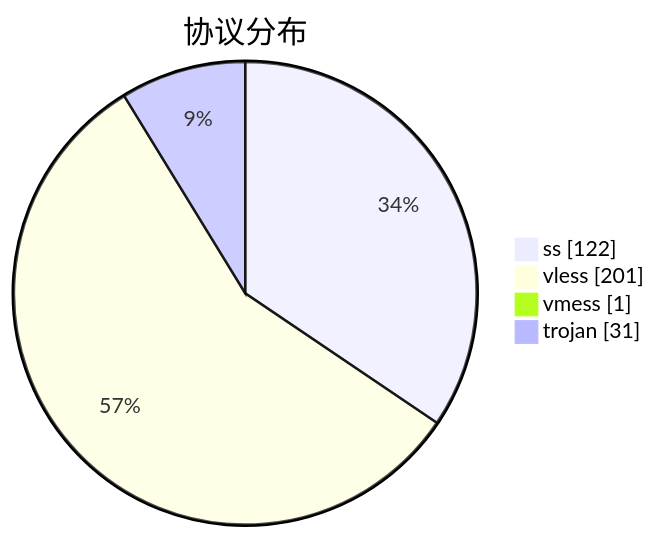
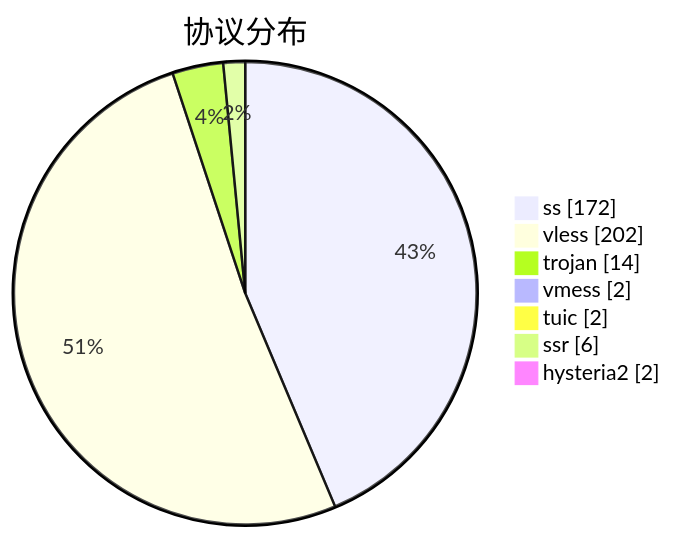
One commit to qjlxg/airport changed the third of 3 diagrams in subs/statistics/tested_within.md. Above: the diagram before and after it, drawn with Mermaid. The commit also changed other lines of this file and 2 other files, not shown here.

````diff
--- a/subs/statistics/tested_within.md
+++ b/subs/statistics/tested_within.md
@@ -35,8 +36,11 @@
 ```mermaid
 pie showData
 title 协议分布
-"ss" : 122
-"vless" : 201
-"vmess" : 1
-"trojan" : 31
+"ss" : 172
+"vless" : 202
+"trojan" : 14
+"vmess" : 2
+"tuic" : 2
+"ssr" : 6
+"hysteria2" : 2
 ```
````
